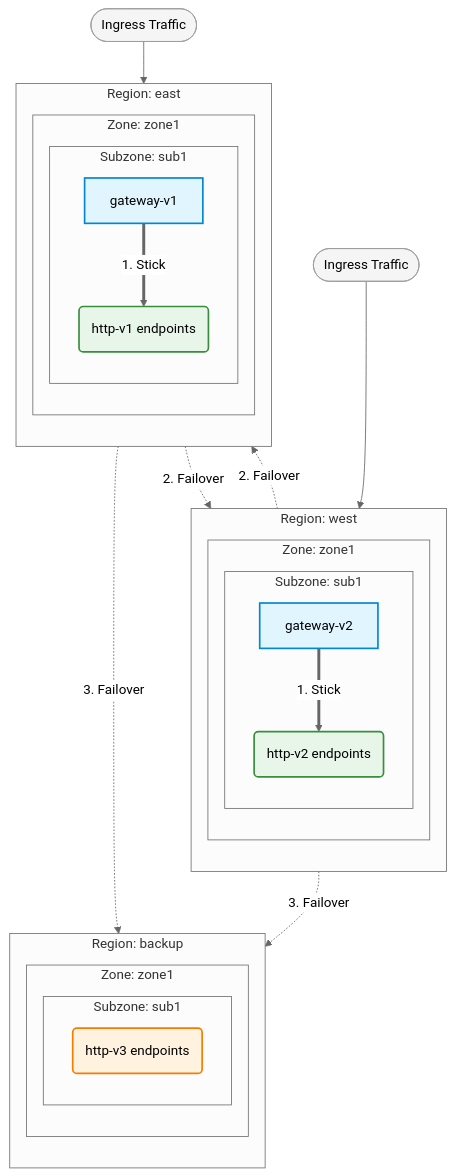
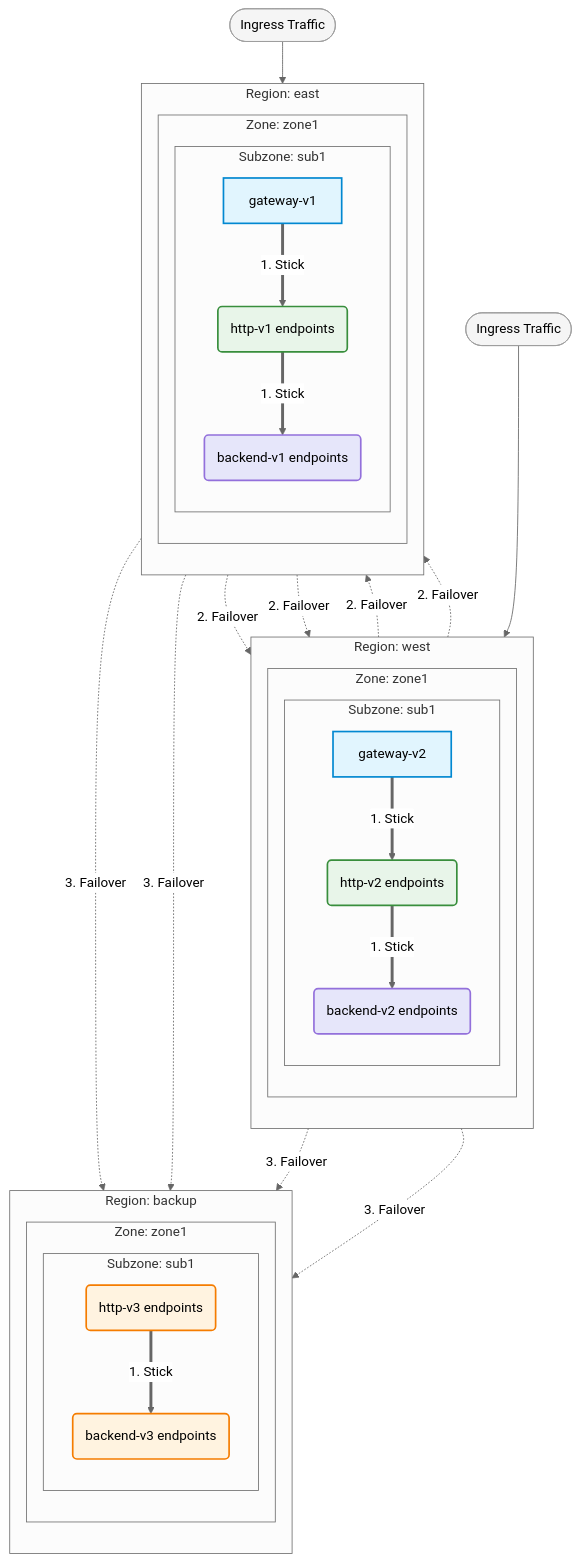
Before and after one commit to michaelalang/istio-example-configurations: the diagram in zoneaware/README.md, drawn with Mermaid (neutral theme). The commit also changed other lines of this file, not shown here.

Commit message:
added backend to the graphs for completness

````diff
--- a/zoneaware/README.md
+++ b/zoneaware/README.md
@@ -84,57 +84,75 @@
 ```mermaid
 flowchart TD
     %% External Ingress Traffic
     InWest([Ingress Traffic]) --> GW2
     InEast([Ingress Traffic]) --> GW1
 
     %% Topology Boundaries
     subgraph Region_West [Region: west]
         direction TB
         subgraph Zone_West1 [Zone: zone1]
             subgraph Sub_West1 [Subzone: sub1]
                 GW2[gateway-v2]
                 SVC2(http-v2 endpoints)
+                BE2(backend-v2 endpoints)
             end
         end
     end
     
     subgraph Region_East [Region: east]
         direction TB
         subgraph Zone_East1 [Zone: zone1]
             subgraph Sub_East1 [Subzone: sub1]
                 GW1[gateway-v1]
                 SVC1(http-v1 endpoints)
+                BE1(backend-v1 endpoints)
             end
         end
     end
     
     subgraph Region_Backup [Region: backup]
         direction TB
         subgraph Zone_Backup1 [Zone: zone1]
             subgraph Sub_Backup1 [Subzone: sub1]
                 SVC3(http-v3 endpoints)
+                BE3(backend-v3 endpoints)
             end
         end
     end
 
     %% Gateway 1 Routing Logic (East)
     GW1 ==>|1. Stick| SVC1
     GW1 -.->|2. Failover| SVC2
     GW1 -.->|3. Failover| SVC3
 
     %% Gateway 2 Routing Logic (West)
     GW2 ==>|1. Stick| SVC2
     GW2 -.->|2. Failover| SVC1
     GW2 -.->|3. Failover| SVC3
 
+    %% HTTP 1 Routing Logic (East)
+    SVC1 ==>|1. Stick| BE1
+    SVC1 -.->|2. Failover| BE2
+    SVC1 -.->|3. Failover| BE3
+
+    %% HTTP 2 Routing Logic (West)
+    SVC2 ==>|1. Stick| BE2
+    SVC2 -.->|2. Failover| BE1
+    SVC2 -.->|3. Failover| BE3
+
+    %% HTTP 3 Routing Logic (Backup)
+    SVC3 ==>|1. Stick| BE3
+
     %% Styling and coloring for clarity
     classDef gateway fill:#e1f5fe,stroke:#0288d1,stroke-width:2px,color:#000
     classDef primary fill:#e8f5e9,stroke:#388e3c,stroke-width:2px,color:#000
+    classDef backend fill:#e6e6fa,stroke:#9370db,stroke-width:2px,color:#000
     classDef backup fill:#fff3e0,stroke:#f57c00,stroke-width:2px,color:#000
     classDef ingress fill:#f5f5f5,stroke:#9e9e9e,stroke-width:1px,color:#000
     
     class GW1,GW2 gateway
     class SVC1,SVC2 primary
-    class SVC3 backup
+    class BE1,BE2 backend
+    class SVC3,BE3 backup
     class InEast,InWest ingress
 ```
````
